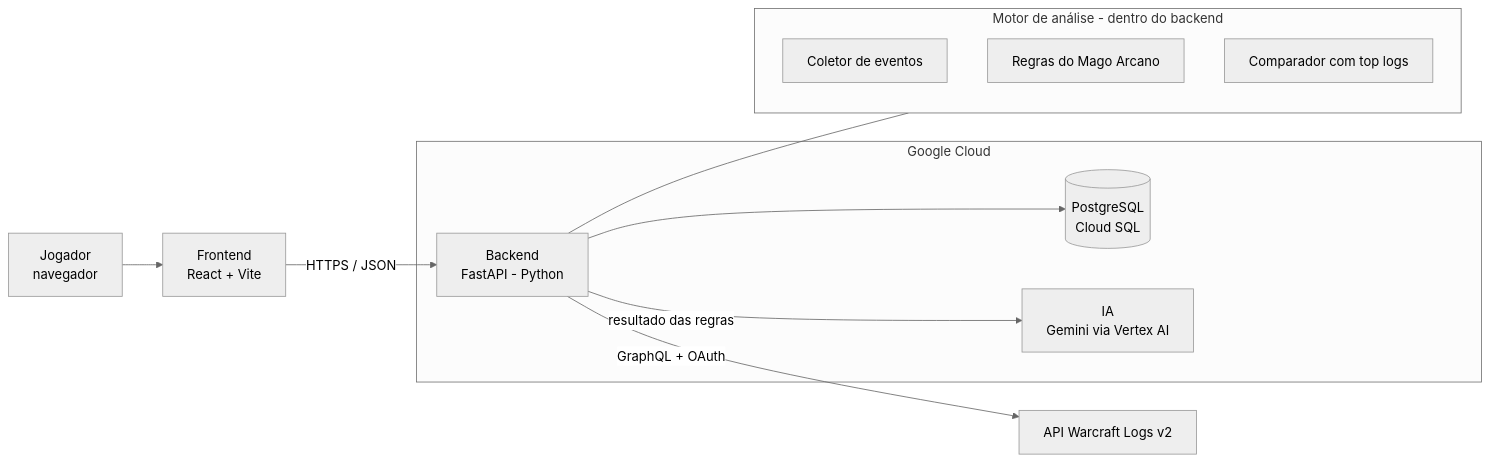
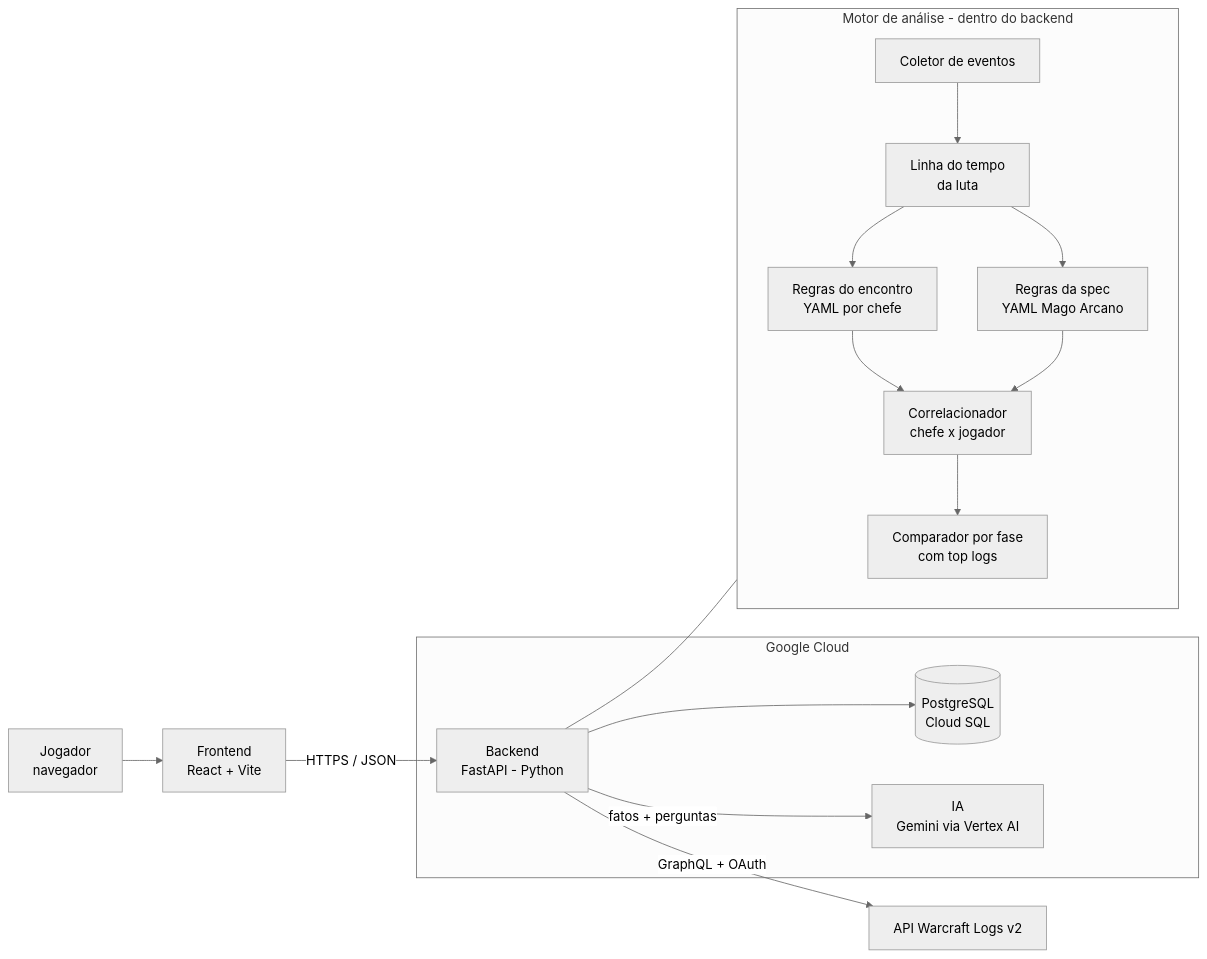
Before and after one commit to jp4inbr/LogCoach: the diagram in docs/05-diagrama-de-arquitetura.md, drawn with Mermaid (neutral theme). The commit also changed other lines of this file and 14 other files, not shown here.

````diff
--- a/docs/05-diagrama-de-arquitetura.md
+++ b/docs/05-diagrama-de-arquitetura.md
@@ -3,22 +3,25 @@
 ```mermaid
 flowchart LR
     U[Jogador<br/>navegador] --> FE[Frontend<br/>React + Vite]
     FE -->|HTTPS / JSON| BE[Backend<br/>FastAPI - Python]
 
     subgraph GCP[Google Cloud]
         BE
         DB[(PostgreSQL<br/>Cloud SQL)]
         AI[IA<br/>Gemini via Vertex AI]
     end
 
     BE --> DB
-    BE -->|resultado das regras| AI
+    BE -->|fatos + perguntas| AI
     BE -->|GraphQL + OAuth| WCL[API Warcraft Logs v2]
 
     subgraph Motor[Motor de análise - dentro do backend]
-        R1[Coletor de eventos]
-        R2[Regras do Mago Arcano]
-        R3[Comparador com top logs]
+        R1[Coletor de eventos] --> R2[Linha do tempo<br/>da luta]
+        R2 --> R3[Regras do encontro<br/>YAML por chefe]
+        R2 --> R4[Regras da spec<br/>YAML Mago Arcano]
+        R3 --> R5[Correlacionador<br/>chefe x jogador]
+        R4 --> R5
+        R5 --> R6[Comparador por fase<br/>com top logs]
     end
     BE --- Motor
 ```
````
